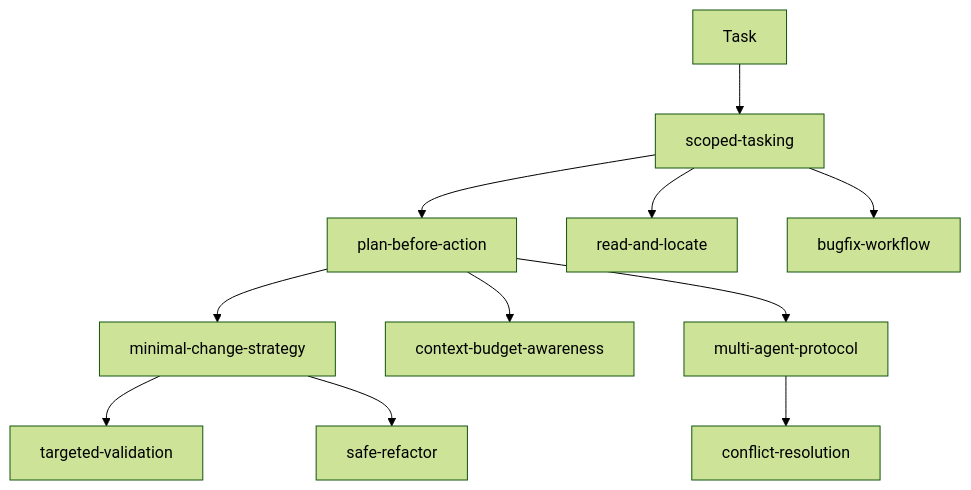
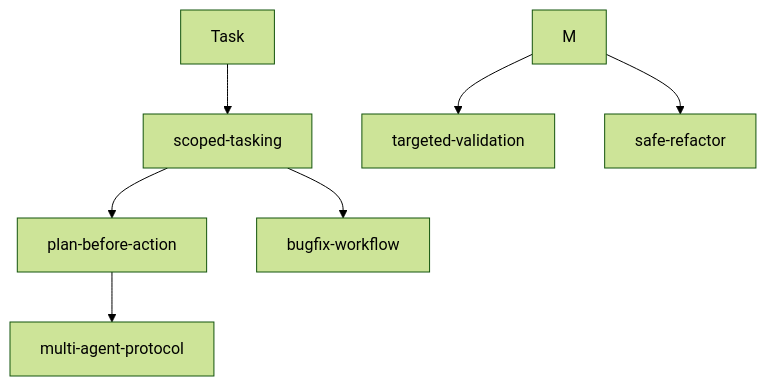
The first of 2 diagrams in docs/maintainer/pre-phase-skill-gap-analysis.md (nickdu2009/agent-skills), drawn with Mermaid (forest theme) before and after one commit. The commit also changed other lines of this file and 70 other files, not shown here.

````diff
--- a/docs/maintainer/pre-phase-skill-gap-analysis.md
+++ b/docs/maintainer/pre-phase-skill-gap-analysis.md
@@ -23,13 +23,9 @@
 ```mermaid
 flowchart TD
     T[Task] --> S[scoped-tasking]
     S --> P[plan-before-action]
-    P --> M[minimal-change-strategy]
     M --> V[targeted-validation]
-    P --> C[context-budget-awareness]
-    S --> R[read-and-locate]
     M --> F[safe-refactor]
     S --> B[bugfix-workflow]
     P --> O[multi-agent-protocol]
-    O --> X[conflict-resolution]
 ```
````
